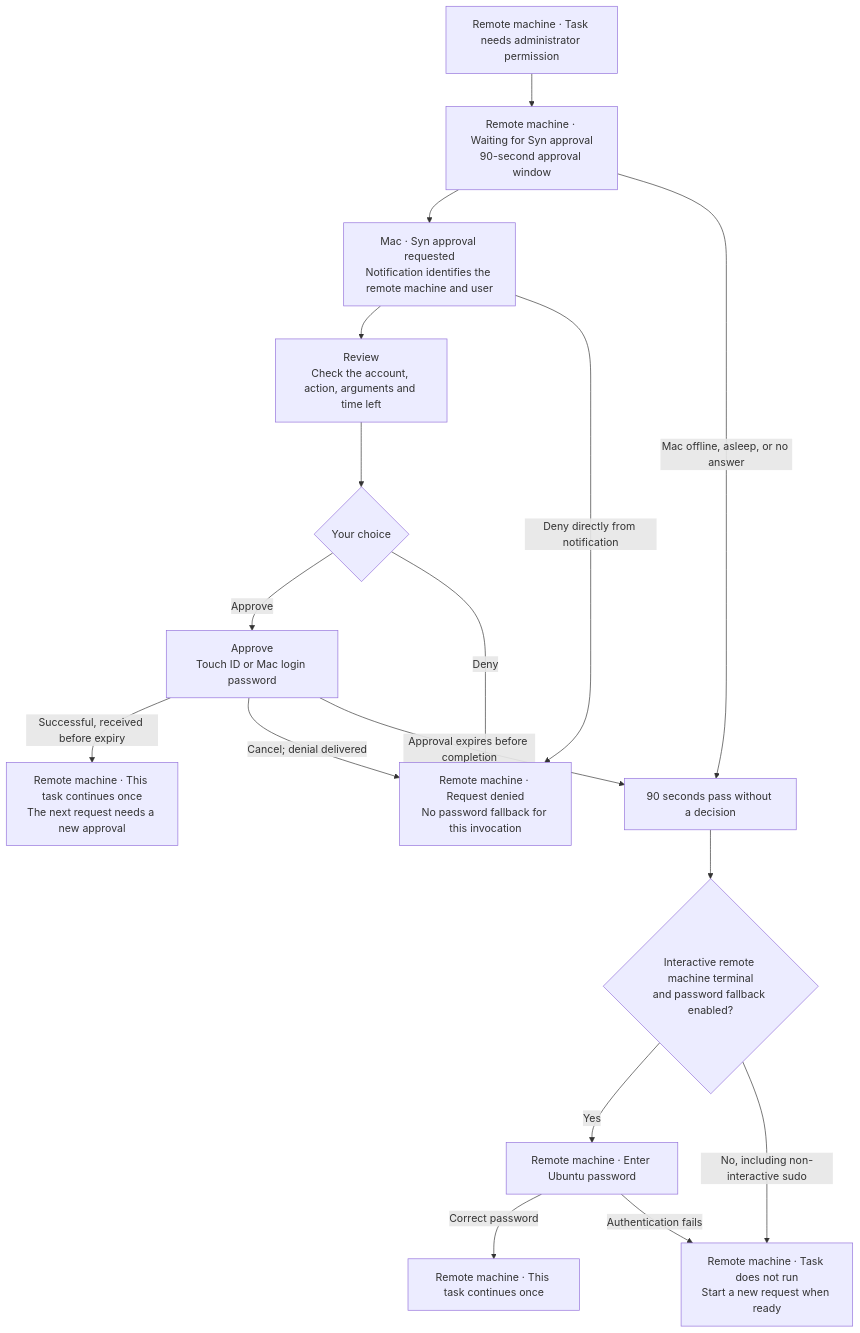
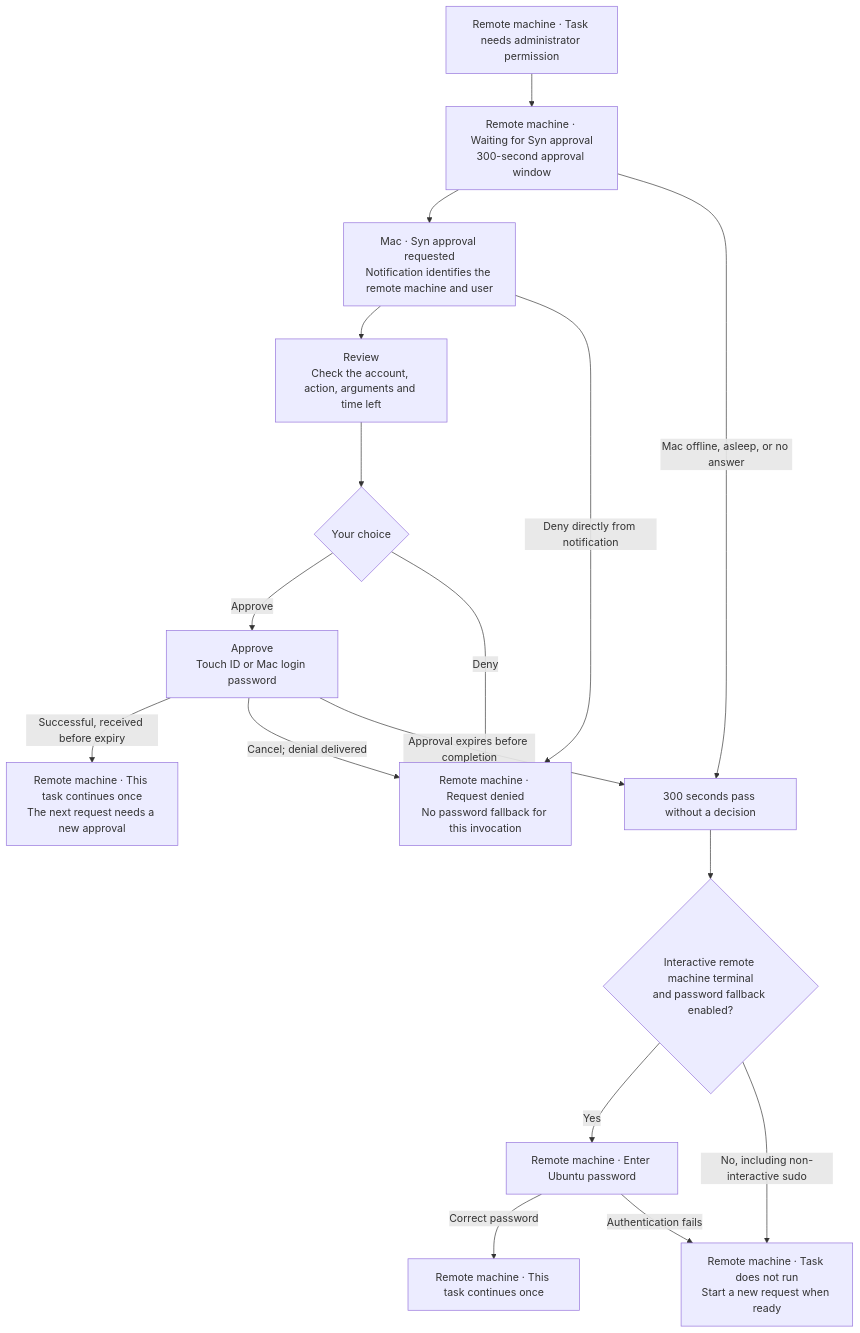
Before and after one commit to ferrerluis/syn-approvals: the third of 3 diagrams in docs/user-experience-map.md, drawn with Mermaid. The commit also changed other lines of this file and 28 other files, not shown here.

Commit message:
Extend per-invocation Syn approval timeout to five minutes

````diff
--- a/docs/user-experience-map.md
+++ b/docs/user-experience-map.md
@@ -81,30 +81,30 @@
 ```mermaid
 flowchart TD
     task["Remote machine · Task needs administrator permission"]
-    wait["Remote machine · Waiting for Syn approval<br/>90-second approval window"]
+    wait["Remote machine · Waiting for Syn approval<br/>300-second approval window"]
     notify["Mac · Syn approval requested<br/>Notification identifies the remote machine and user"]
     review["Review<br/>Check the account, action, arguments and time left"]
     choice{"Your choice"}
     auth["Approve<br/>Touch ID or Mac login password"]
     run["Remote machine · This task continues once<br/>The next request needs a new approval"]
     deny["Remote machine · Request denied<br/>No password fallback for this invocation"]
-    timeout["90 seconds pass without a decision"]
+    timeout["300 seconds pass without a decision"]
     fallback{"Interactive remote machine terminal<br/>and password fallback enabled?"}
     password["Remote machine · Enter Ubuntu password"]
     passwordRun["Remote machine · This task continues once"]
     stop["Remote machine · Task does not run<br/>Start a new request when ready"]
 
     task --> wait --> notify --> review --> choice
     choice -->|"Approve"| auth
     auth -->|"Successful, received before expiry"| run
     choice -->|"Deny"| deny
     auth -->|"Cancel; denial delivered"| deny
     notify -->|"Deny directly from notification"| deny
     wait -->|"Mac offline, asleep, or no answer"| timeout
     auth -->|"Approval expires before completion"| timeout
     timeout --> fallback
     fallback -->|"Yes"| password
     fallback -->|"No, including non-interactive sudo"| stop
     password -->|"Correct password"| passwordRun
     password -->|"Authentication fails"| stop
 ```
````
